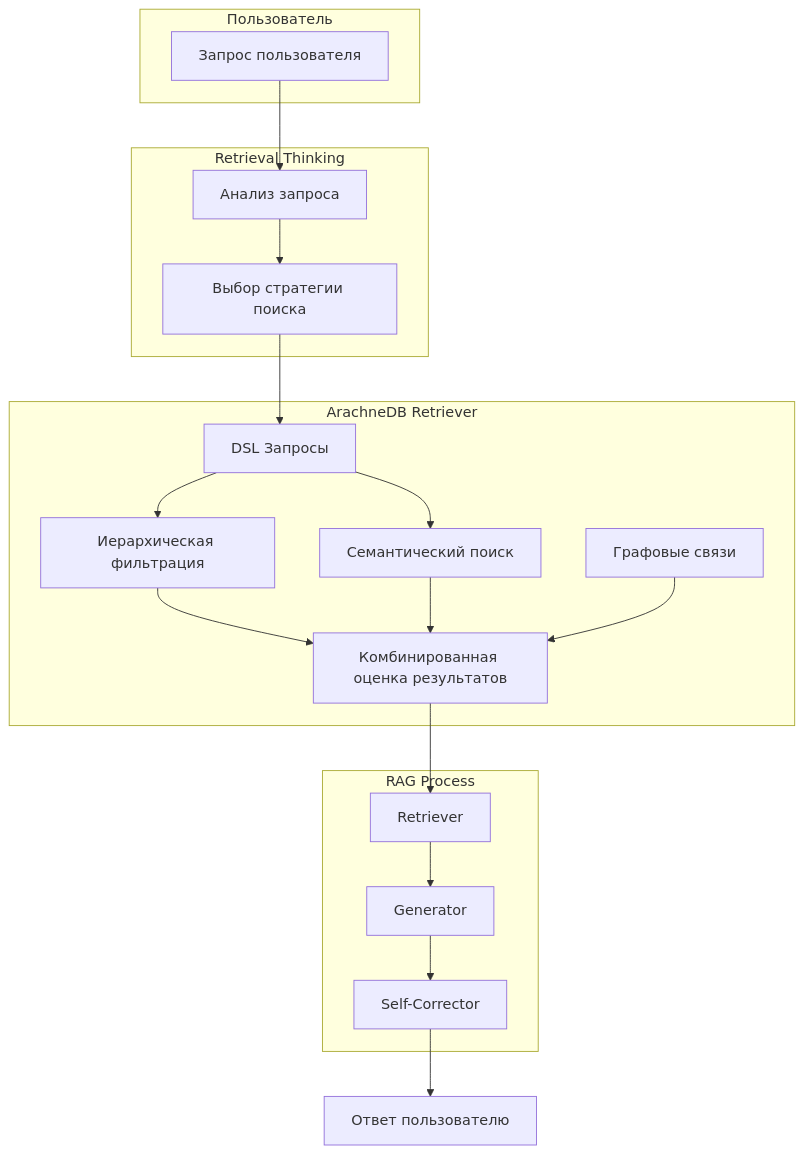
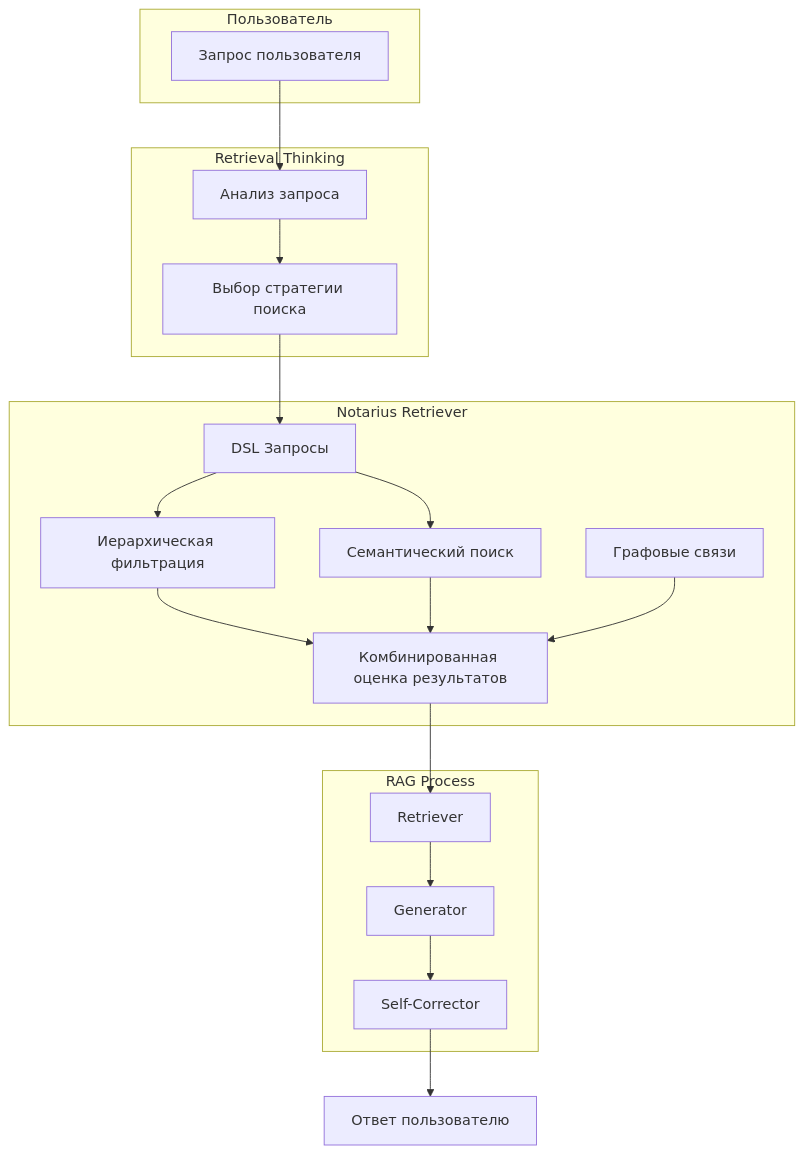
Before and after one commit to NeuroGhostOutput/NotariusRAG: the diagram in README.md, drawn with Mermaid.

````diff
--- a/README.md
+++ b/README.md
@@ -36,41 +36,41 @@
 ```mermaid
 graph TB
     subgraph "Пользователь"
         Query["Запрос пользователя"]
     end
 
     subgraph "Retrieval Thinking"
         RT["Анализ запроса"]
         RT_Strategy["Выбор стратегии поиска"]
     end
 
-    subgraph "ArachneDB Retriever"
+    subgraph "Notarius Retriever"
         DSL["DSL Запросы"]
         Hierarchy["Иерархическая фильтрация"]
         Semantic["Семантический поиск"]
         Relations["Графовые связи"]
         Combined["Комбинированная оценка результатов"]
     end
 
     subgraph "RAG Process"
         RAG_Retriever["Retriever"]
         RAG_Generator["Generator"]
         RAG_Corrector["Self-Corrector"]
     end
 
     Query --> RT
     RT --> RT_Strategy
     RT_Strategy --> DSL
 
     DSL --> Hierarchy
     DSL --> Semantic
     Hierarchy --> Combined
     Semantic --> Combined
     Relations --> Combined
 
     Combined --> RAG_Retriever
     RAG_Retriever --> RAG_Generator
     RAG_Generator --> RAG_Corrector
 
     RAG_Corrector --> Answer["Ответ пользователю"]
 ```
````
